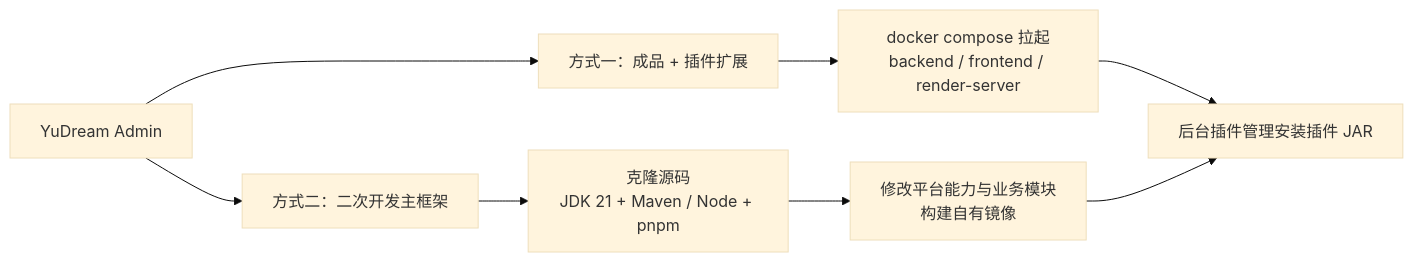
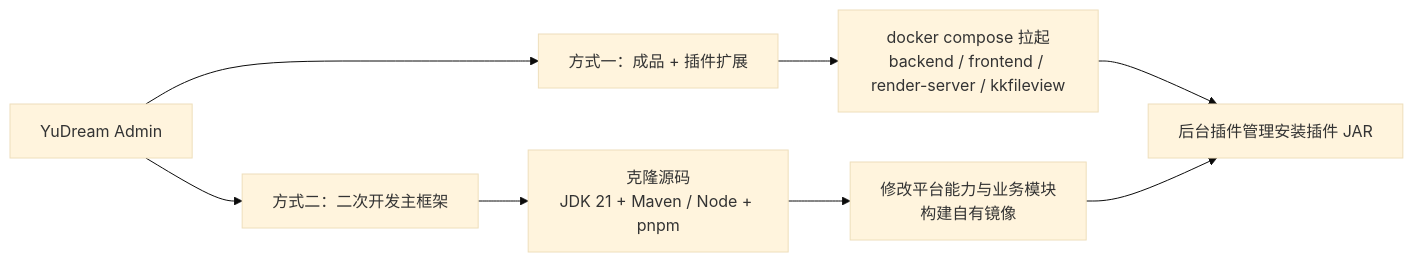
The diagram in yd-docs/docs/guide/introduction.md (mcyudream/YuDream-Admin), drawn with Mermaid (base theme) before and after one commit. The commit also changed other lines of this file and 65 other files, not shown here.

First line of the commit message:
feat: 发布 SDK 1.5.0 缩略图出口并完善官方 QQ 与文档站

````diff
--- a/yd-docs/docs/guide/introduction.md
+++ b/yd-docs/docs/guide/introduction.md
@@ -71,10 +73,10 @@
 ```mermaid
 flowchart LR
     A[YuDream Admin] --> B["方式一：成品 + 插件扩展"]
     A --> C["方式二：二次开发主框架"]
-    B --> B1["docker compose 拉起<br/>backend / frontend / render-server"]
+    B --> B1["docker compose 拉起<br/>backend / frontend / render-server / kkfileview"]
     B1 --> B2["后台插件管理安装插件 JAR"]
     C --> C1["克隆源码<br/>JDK 21 + Maven / Node + pnpm"]
     C1 --> C2["修改平台能力与业务模块<br/>构建自有镜像"]
     C2 --> B2
 ```
````
